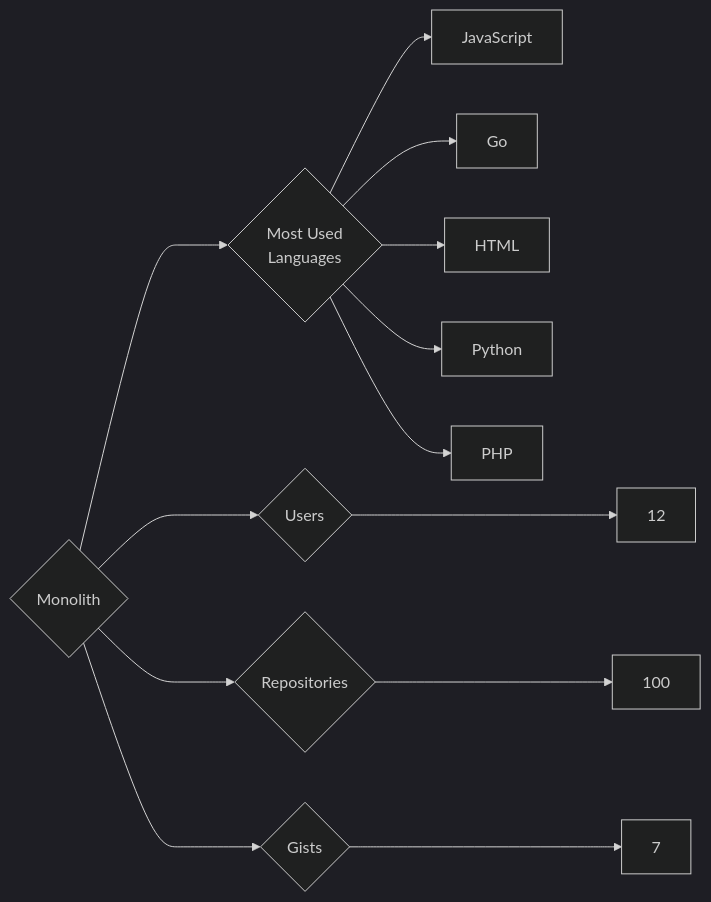
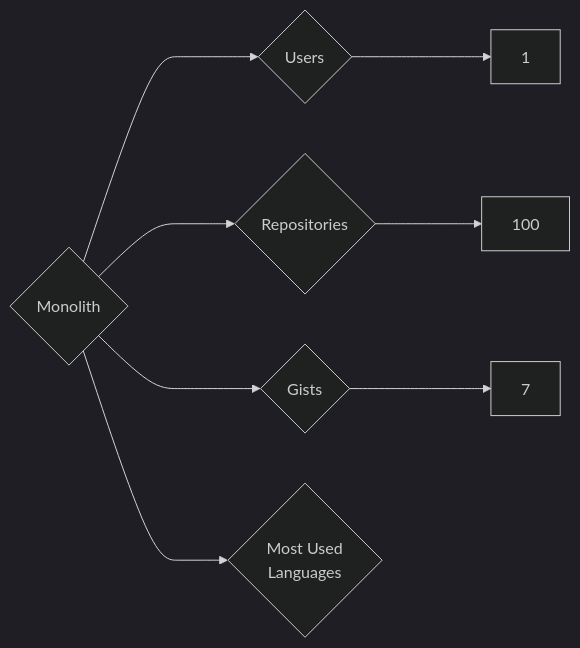
The diagram in targets/Monolith/README.md (trickest/insiders), drawn with Mermaid (dark theme) before and after one commit. The commit also changed 797 other files, not shown here.

````diff
--- a/targets/Monolith/README.md
+++ b/targets/Monolith/README.md
@@ -3,13 +3,8 @@
 ```mermaid
 graph LR
 COMPANY_NAME{Monolith}
-COMPANY_NAME ---> U{Users} ---> UN[12]
+COMPANY_NAME ---> U{Users} ---> UN[1]
 COMPANY_NAME ---> R{Repositories} ---> RN[100]
 COMPANY_NAME ---> G{Gists} ---> GN[7]
 COMPANY_NAME ---> ML{Most Used<br>Languages}
-ML --> JavaScript[JavaScript]
-ML --> Go[Go]
-ML --> HTML[HTML]
-ML --> Python[Python]
-ML --> PHP[PHP]
 ```
````
